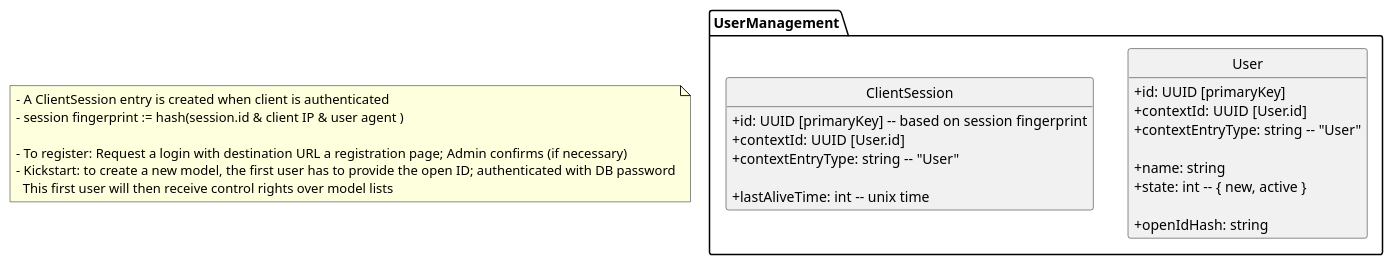
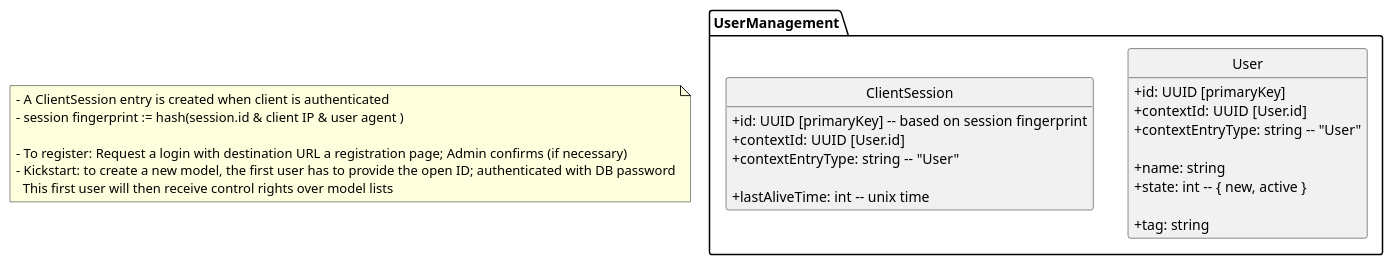
The diagram in eve-upro/uml/DataBase_User.plantuml (dertseha/eve-upro), drawn with PlantUML before and after one commit.

Commit message:
#16 first draft of some user tables

```diff
--- a/eve-upro/uml/DataBase_User.plantuml
+++ b/eve-upro/uml/DataBase_User.plantuml
@@ -1,38 +1,38 @@
 @startuml
 skinparam classAttributeIconSize 0
 hide empty members
 hide circle
 
 package UserManagement {
 
 class User {
    + id: UUID [primaryKey]
    + contextId: UUID [User.id]
    + contextEntryType: string -- "User"
 
    + name: string
    + state: int -- { new, active }
    
-   + openIdHash: string
+   + tag: string
 }
 
 class ClientSession {
    + id: UUID [primaryKey] -- based on session fingerprint
    + contextId: UUID [User.id]
    + contextEntryType: string -- "User"
 
    + lastAliveTime: int -- unix time
 }
 
 }
 
 note as note1
    - A ClientSession entry is created when client is authenticated
    - session fingerprint := hash(session.id & client IP & user agent )
    
    - To register: Request a login with destination URL a registration page; Admin confirms (if necessary)
    - Kickstart: to create a new model, the first user has to provide the open ID; authenticated with DB password
      This first user will then receive control rights over model lists 
 end note
 
 @enduml
```
